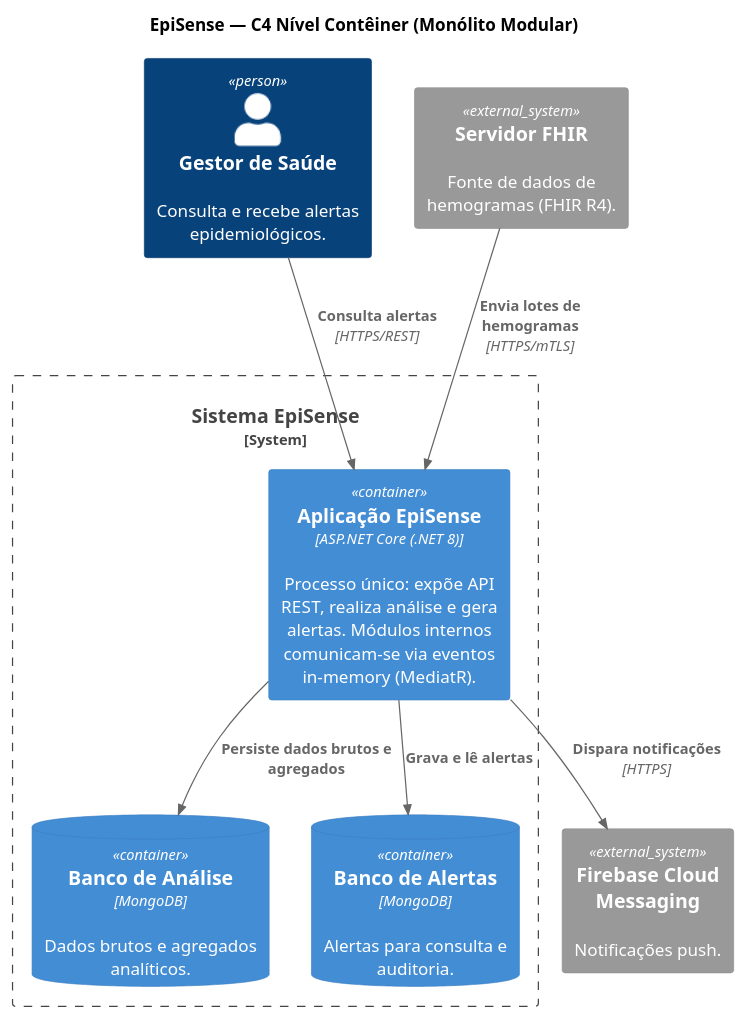
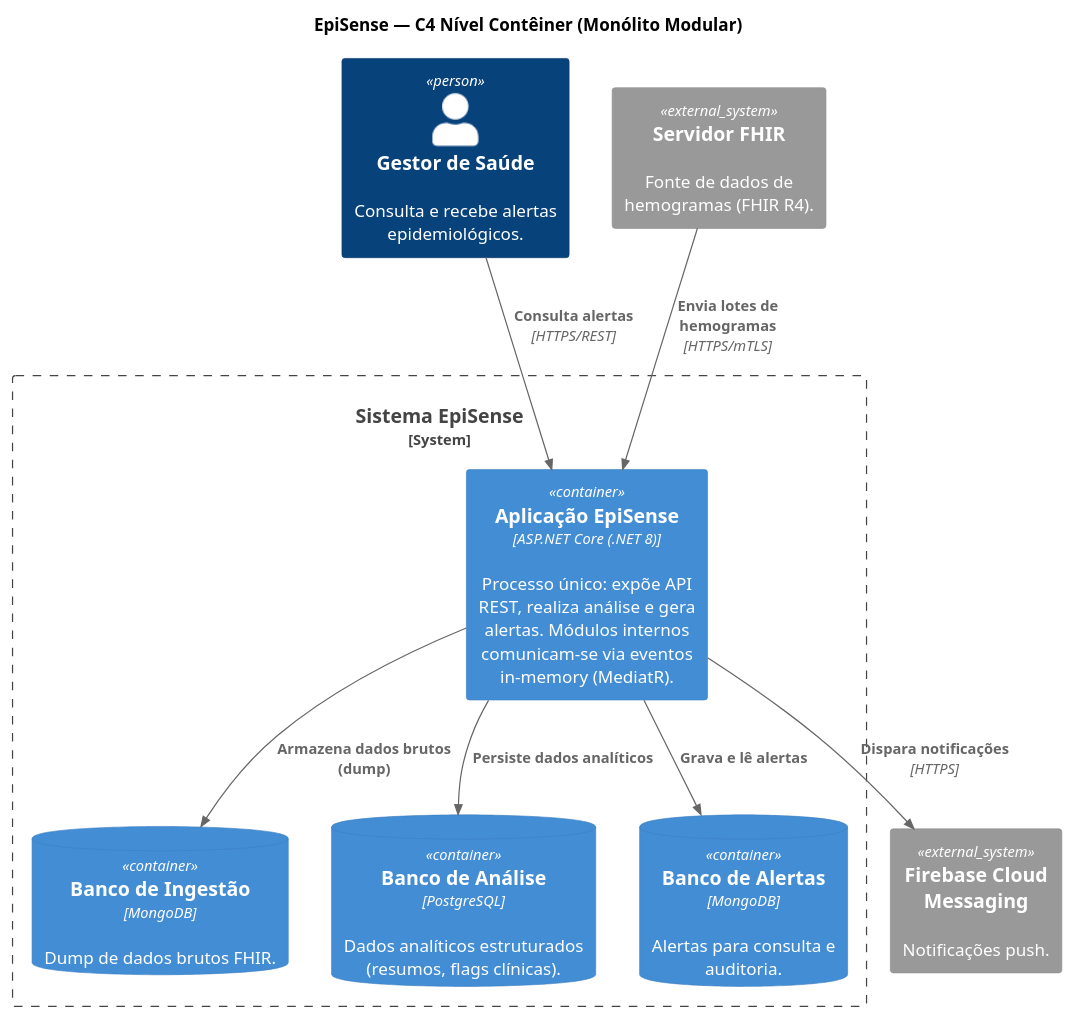
Before and after one commit to Omega050/EpiSense: the diagram in doc/diagrams/containers.puml, drawn with PlantUML. The commit also changed 2 other files, not shown here.

Commit message:
docs: corrige arquitetura dos bancos de dados nos diagramas
- MongoDB para dump de dados brutos (ingestion)
- PostgreSQL para dados analíticos estruturados (analysis)
- MongoDB para alertas (mantido)
- Adiciona Hangfire no fluxo de orquestração
- Remove acesso direto do Analysis ao MongoDB

```diff
--- a/doc/diagrams/containers.puml
+++ b/doc/diagrams/containers.puml
@@ -1,31 +1,33 @@
 @startuml episense-c4-containers
 !include https://raw.githack.com/plantuml-stdlib/C4-PlantUML/master/C4_Container.puml
 
 title "EpiSense — C4 Nível Contêiner (Monólito Modular)"
 
 ' Atores/Sistemas externos
 Person(manager, "Gestor de Saúde", "Consulta e recebe alertas epidemiológicos.")
 System_Ext(fhir_server, "Servidor FHIR", "Fonte de dados de hemogramas (FHIR R4).")
 System_Ext(fcm, "Firebase Cloud Messaging", "Notificações push.")
 
 ' Limite do sistema
 System_Boundary(episense_system, "Sistema EpiSense") {
   ' Único contêiner implantável (monólito)
   Container(monolith, "Aplicação EpiSense", "ASP.NET Core (.NET 8)", "Processo único: expõe API REST, realiza análise e gera alertas. Módulos internos comunicam-se via eventos in-memory (MediatR).")
 
   ' Armazenamentos (Database per Service lógico)
-  ContainerDb(analysis_db, "Banco de Análise", "MongoDB", "Dados brutos e agregados analíticos.")
+  ContainerDb(ingestion_db, "Banco de Ingestão", "MongoDB", "Dump de dados brutos FHIR.")
+  ContainerDb(analysis_db, "Banco de Análise", "PostgreSQL", "Dados analíticos estruturados (resumos, flags clínicas).")
   ContainerDb(alerts_db, "Banco de Alertas", "MongoDB", "Alertas para consulta e auditoria.")
 }
 
 ' Relações (fluxos principais)
 Rel(fhir_server, monolith, "Envia lotes de hemogramas", "HTTPS/mTLS")
-Rel(monolith, analysis_db, "Persiste dados brutos e agregados", "")
+Rel(monolith, ingestion_db, "Armazena dados brutos (dump)", "")
+Rel(monolith, analysis_db, "Persiste dados analíticos", "")
 Rel(manager, monolith, "Consulta alertas", "HTTPS/REST")
 Rel(monolith, alerts_db, "Grava e lê alertas", "")
 Rel(monolith, fcm, "Dispara notificações", "HTTPS")
 
 ' Notas de alinhamento com ADRs
 ' - ADR-001/002: .NET 8 + MongoDB (driver nativo)
 ' - ADR-003 (revisado): Monólito modular; eventos in-memory via MediatR; Database per Service lógico
 @enduml
```
